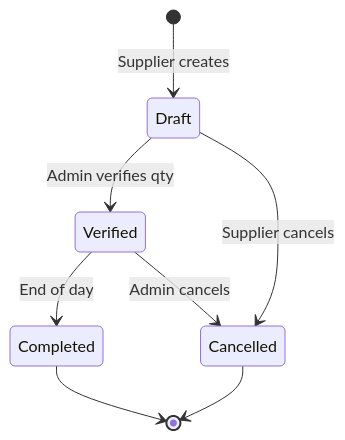
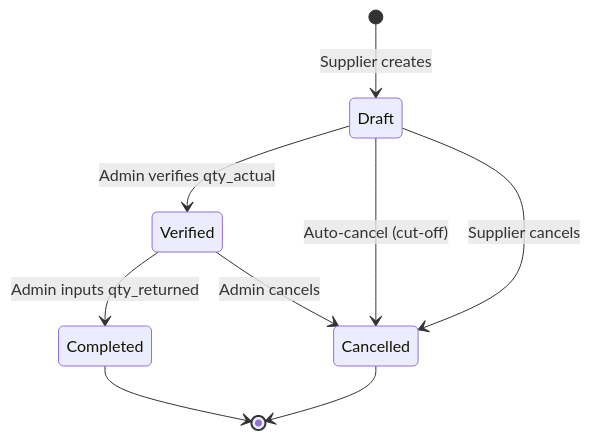
One commit to dayate/TitipIN changed the fourth of 5 diagrams in docs/ARCHITECTURE.md. Above: the diagram before and after it, drawn with Mermaid. The commit also changed other lines of this file and 14 other files, not shown here.

````diff
--- a/docs/ARCHITECTURE.md
+++ b/docs/ARCHITECTURE.md
@@ -157,10 +259,11 @@
 ```mermaid
 stateDiagram-v2
     [*] --> Draft: Supplier creates
-    Draft --> Verified: Admin verifies qty
+    Draft --> Verified: Admin verifies qty_actual
+    Draft --> Cancelled: Auto-cancel (cut-off)
     Draft --> Cancelled: Supplier cancels
-    Verified --> Completed: End of day
+    Verified --> Completed: Admin inputs qty_returned
     Verified --> Cancelled: Admin cancels
     Completed --> [*]
     Cancelled --> [*]
 ```
````
